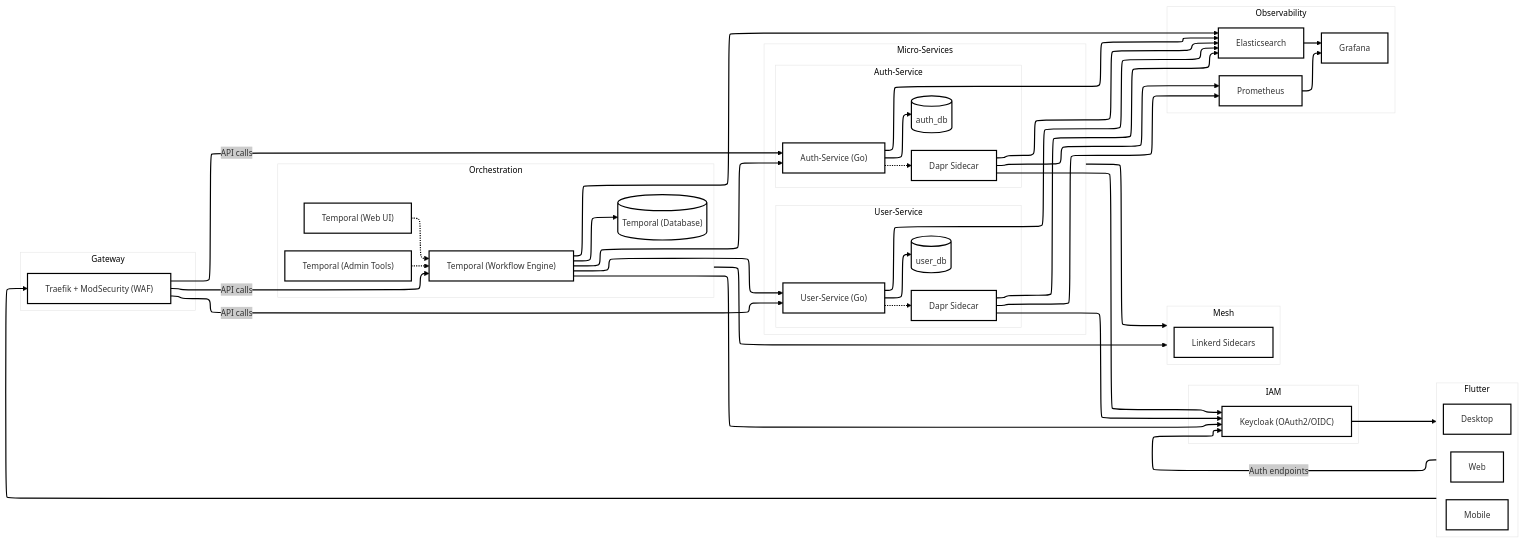
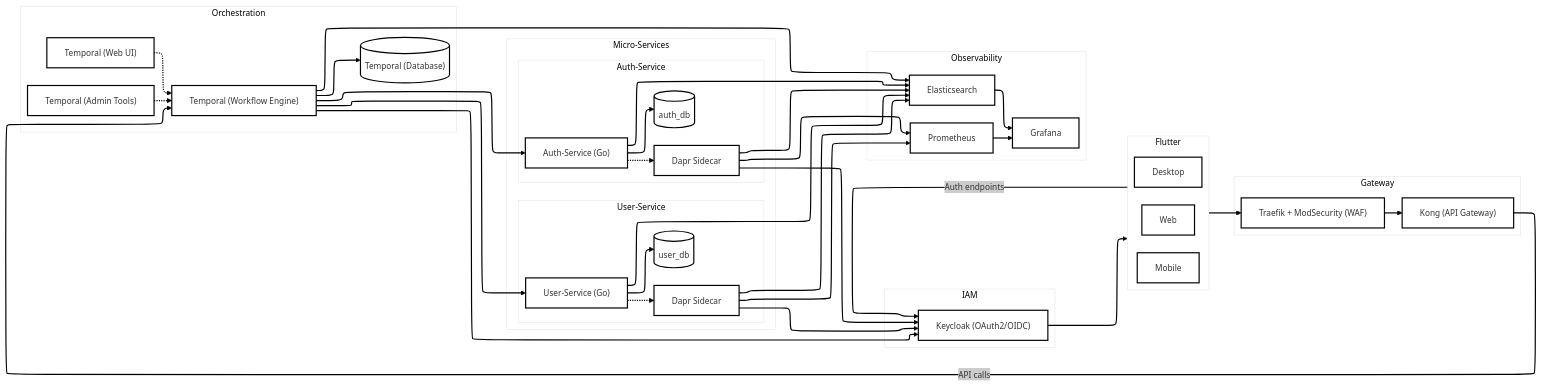
The diagram in README.md (b-fontaine/saaster_kit), drawn with Mermaid before and after one commit. The commit also changed other lines of this file and 6 other files, not shown here.

Commit message:
feat(api): Add API Management (Traefik + ModSecurity + Kong)

````diff
--- a/README.md
+++ b/README.md
@@ -29,60 +29,59 @@
 ```mermaid
 ---
 config:
   theme: neo
   layout: elk
 ---
 flowchart LR
    subgraph Flutter["Flutter"]
       A1["Web"]
       A2["Mobile"]
       A3["Desktop"]
    end
    subgraph IAM["IAM"]
       C["Keycloak (OAuth2/OIDC)"]
    end
    subgraph Gateway["Gateway"]
       B["Traefik + ModSecurity (WAF)"]
+      K["Kong (API Gateway)"]
    end
    subgraph Orchestration["Orchestration"]
       direction TB
       D["Temporal (Workflow Engine)"]
       D1["Temporal (Admin Tools)"]
       D2["Temporal (Web UI)"]
       D3[("Temporal (Database)")]
-   end
-   subgraph Mesh
-      M[Linkerd Sidecars]
    end
    subgraph Micro-Services
       subgraph s1["Auth-Service"]
          Service1["Auth-Service (Go)"]
          DB-Service1[("auth_db")]
          Dapr1["Dapr Sidecar"]
       end
       subgraph s2["User-Service"]
          Service2["User-Service (Go)"]
          DB-Service2[("user_db")]
          Dapr2["Dapr Sidecar"]
       end
    end
    subgraph s3["Observability"]
       G["Grafana"]
       P["Prometheus"]
       L["Elasticsearch"]
    end
-   Orchestration & Micro-Services ---> Mesh
+   Orchestration & Micro-Services
    D ---> D3
    D1 -.-> D
    D2 -.-> D
    P --> G
    Flutter --> B
    C --> Flutter -->|Auth endpoints| C
-   B -->|API calls| D & Service1 & Service2
+   B --> K
+   K -->|API calls| D
    D --> C & Service1 & Service2 & L
    Service1 --> DB-Service1 & L
    Service2 --> DB-Service2 & L
    Service1 -.-> Dapr1 --> C & L & P
    Service2 -.-> Dapr2 --> C & L & P
    L --> G
 ```
````
